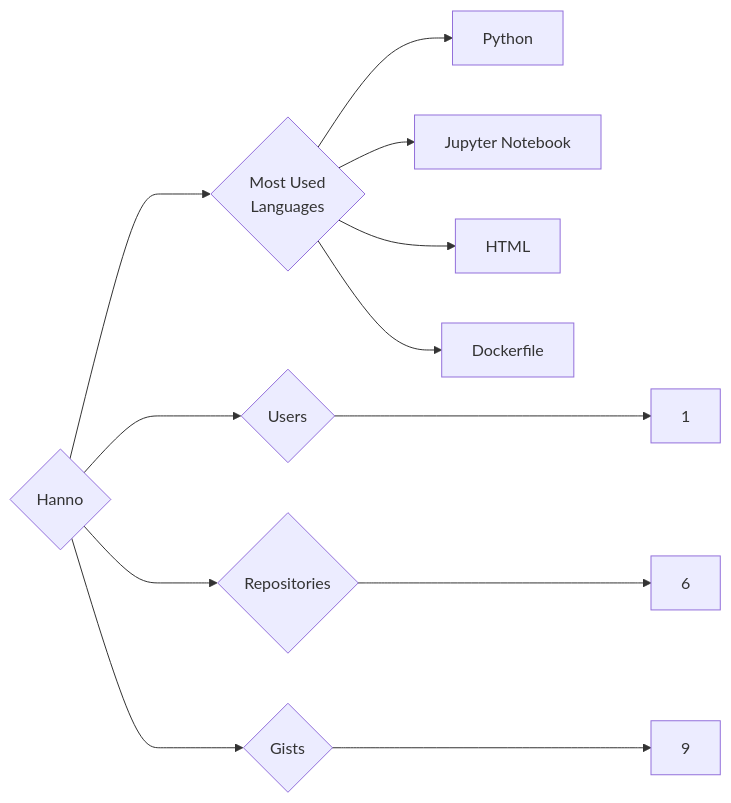
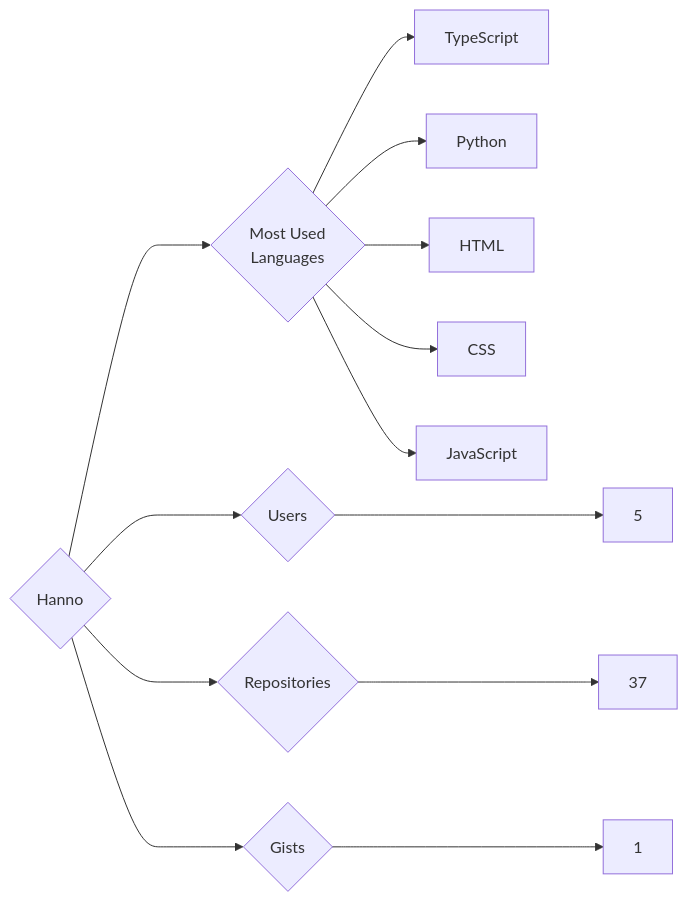
Before and after one commit to trickest/insiders: the diagram in targets/Hanno/README.md, drawn with Mermaid. The commit also changed 1167 other files, not shown here.

````diff
--- a/targets/Hanno/README.md
+++ b/targets/Hanno/README.md
@@ -3,12 +3,13 @@
 ```mermaid
 graph LR
 COMPANY_NAME{Hanno}
-COMPANY_NAME ---> U{Users} ---> UN[1]
-COMPANY_NAME ---> R{Repositories} ---> RN[6]
-COMPANY_NAME ---> G{Gists} ---> GN[9]
+COMPANY_NAME ---> U{Users} ---> UN[5]
+COMPANY_NAME ---> R{Repositories} ---> RN[37]
+COMPANY_NAME ---> G{Gists} ---> GN[1]
 COMPANY_NAME ---> ML{Most Used<br>Languages}
+ML --> TypeScript[TypeScript]
 ML --> Python[Python]
-ML --> Jupyter_Notebook[Jupyter Notebook]
 ML --> HTML[HTML]
-ML --> Dockerfile[Dockerfile]
+ML --> CSS[CSS]
+ML --> JavaScript[JavaScript]
 ```
````
